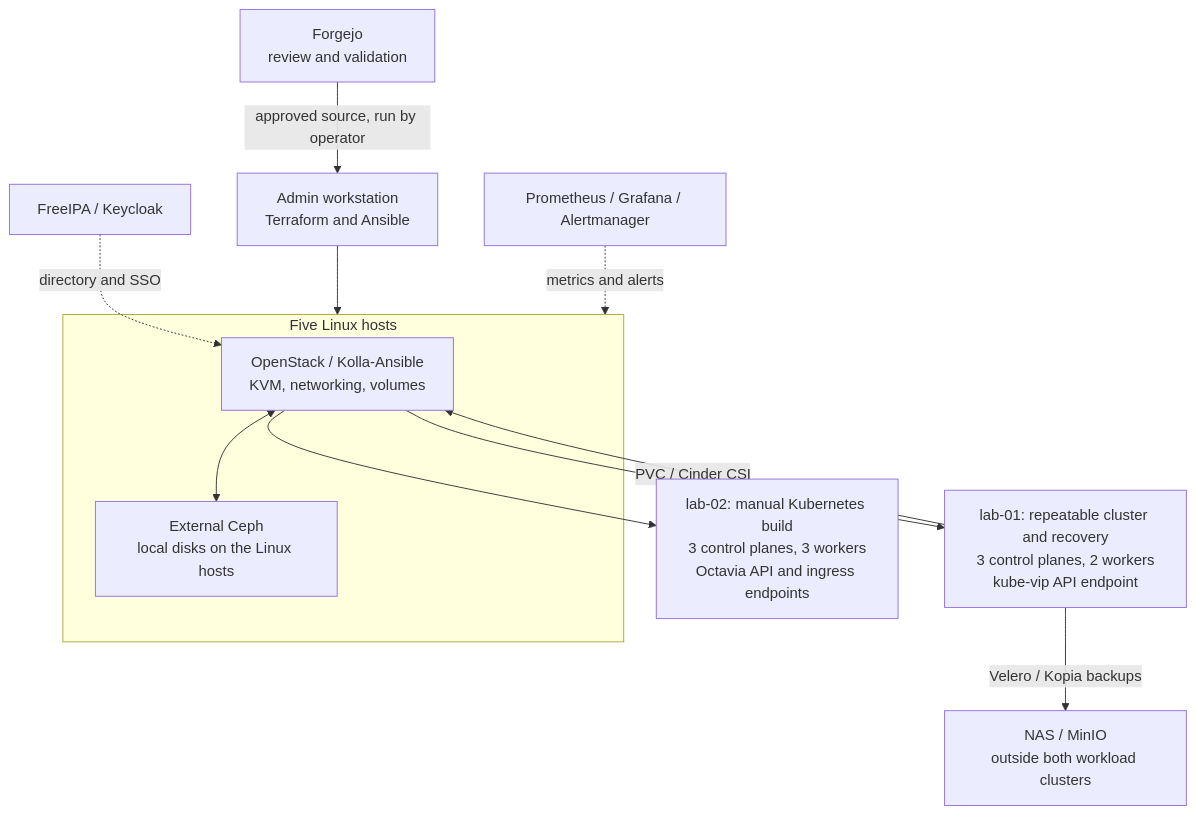
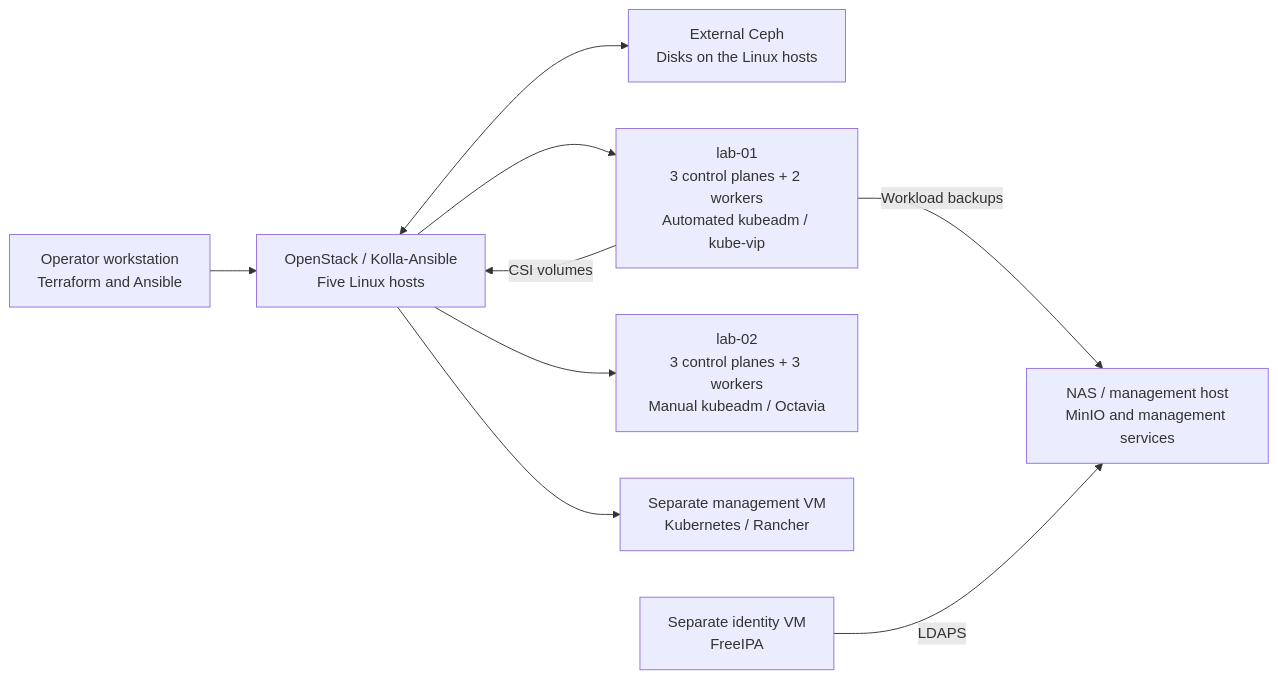
The diagram in README.md (SimplyMeRainer/homelab), drawn with Mermaid before and after one commit. The commit also changed other lines of this file and 170 other files, not shown here.

````diff
--- a/README.md
+++ b/README.md
@@ -11,20 +21,11 @@
 ```mermaid
-flowchart TB
-    admin["Admin workstation
-Terraform and Ansible"] --> cloud
-    git["Forgejo
-review and validation"] -->|"approved source, run by operator"| admin
-    subgraph cloud["Five Linux hosts"]
-        os["OpenStack / Kolla-Ansible
-KVM, networking, volumes"]
-        ceph["External Ceph
-local disks on the Linux hosts"]
-        os <--> ceph
-    end
-    os --> lab01["lab-01: repeatable cluster and recovery<br/>3 control planes, 2 workers<br/>kube-vip API endpoint"]
-    os --> lab02["lab-02: manual Kubernetes build<br/>3 control planes, 3 workers<br/>Octavia API and ingress endpoints"]
-    lab01 -->|"PVC / Cinder CSI"| os
-    lab01 -->|"Velero / Kopia backups"| nas["NAS / MinIO<br/>outside both workload clusters"]
-    identity["FreeIPA / Keycloak"] -. "directory and SSO" .-> os
-    monitoring["Prometheus / Grafana / Alertmanager"] -. "metrics and alerts" .-> cloud
+flowchart LR
+    operator["Operator workstation<br/>Terraform and Ansible"] --> cloud["OpenStack / Kolla-Ansible<br/>Five Linux hosts"]
+    cloud <--> ceph["External Ceph<br/>Disks on the Linux hosts"]
+    cloud --> a["lab-01<br/>3 control planes + 2 workers<br/>Automated kubeadm / kube-vip"]
+    cloud --> b["lab-02<br/>3 control planes + 3 workers<br/>Manual kubeadm / Octavia"]
+    cloud --> rancher["Separate management VM<br/>Kubernetes / Rancher"]
+    a -->|"CSI volumes"| cloud
+    a -->|"Workload backups"| management["NAS / management host<br/>MinIO and management services"]
+    identity["Separate identity VM<br/>FreeIPA"] -->|"LDAPS"| management
 ```
````
